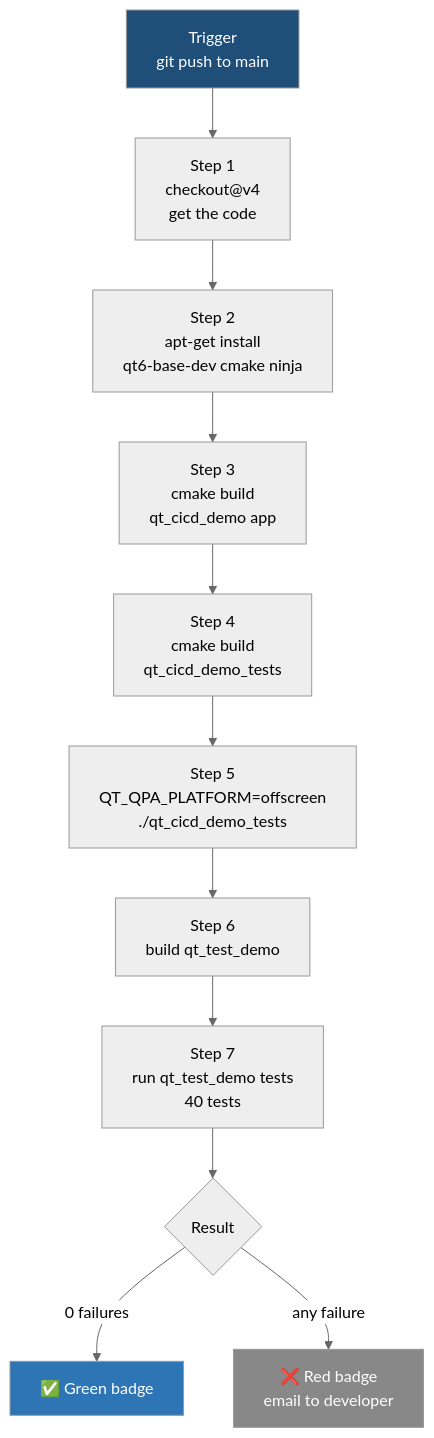
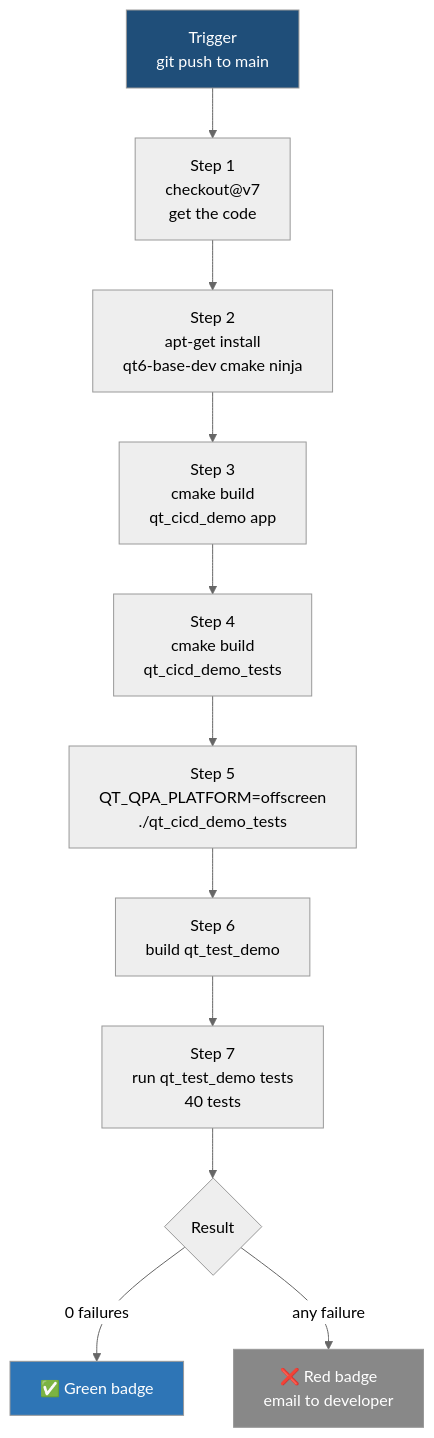
The second of 2 diagrams in 12_BuildTestDeploy/qt_cicd_demo/README.md (Apisteftos/QTprojects), drawn with Mermaid (neutral theme) before and after one commit. The commit also changed other lines of this file and 25 other files, not shown here.

````diff
--- a/12_BuildTestDeploy/qt_cicd_demo/README.md
+++ b/12_BuildTestDeploy/qt_cicd_demo/README.md
@@ -57,22 +57,22 @@
 ```mermaid
 flowchart TD
     T[Trigger\ngit push to main]
-    S1[Step 1\ncheckout@v4\nget the code]
+    S1[Step 1\ncheckout@v7\nget the code]
     S2[Step 2\napt-get install\nqt6-base-dev cmake ninja]
     S3[Step 3\ncmake build\nqt_cicd_demo app]
     S4[Step 4\ncmake build\nqt_cicd_demo_tests]
     S5[Step 5\nQT_QPA_PLATFORM=offscreen\n./qt_cicd_demo_tests]
     S6[Step 6\nbuild qt_test_demo]
     S7[Step 7\nrun qt_test_demo tests\n40 tests]
     R{Result}
     P[✅ Green badge]
     F[❌ Red badge\nemail to developer]
 
     T --> S1 --> S2 --> S3 --> S4 --> S5 --> S6 --> S7 --> R
     R -->|0 failures| P
     R -->|any failure| F
 
     style T fill:#1F4E79,color:#fff
     style P fill:#2E75B6,color:#fff
     style F fill:#888,color:#fff
 ```
````
